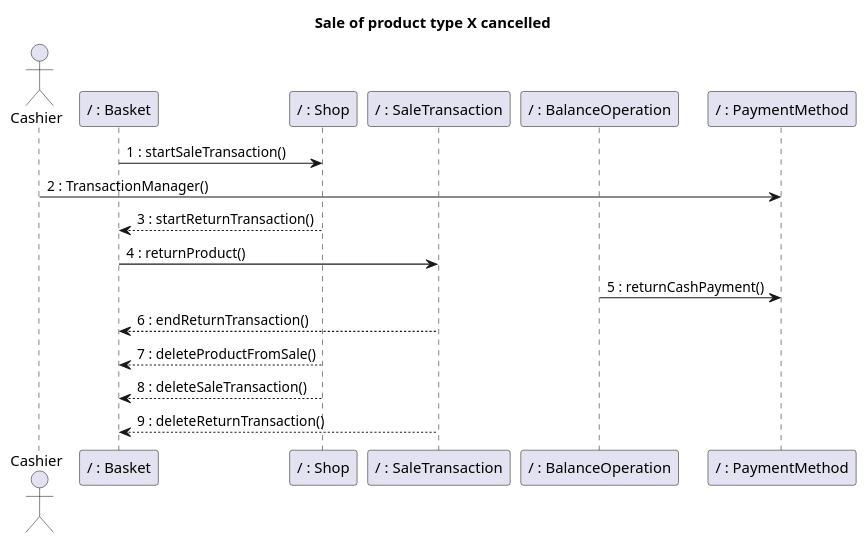
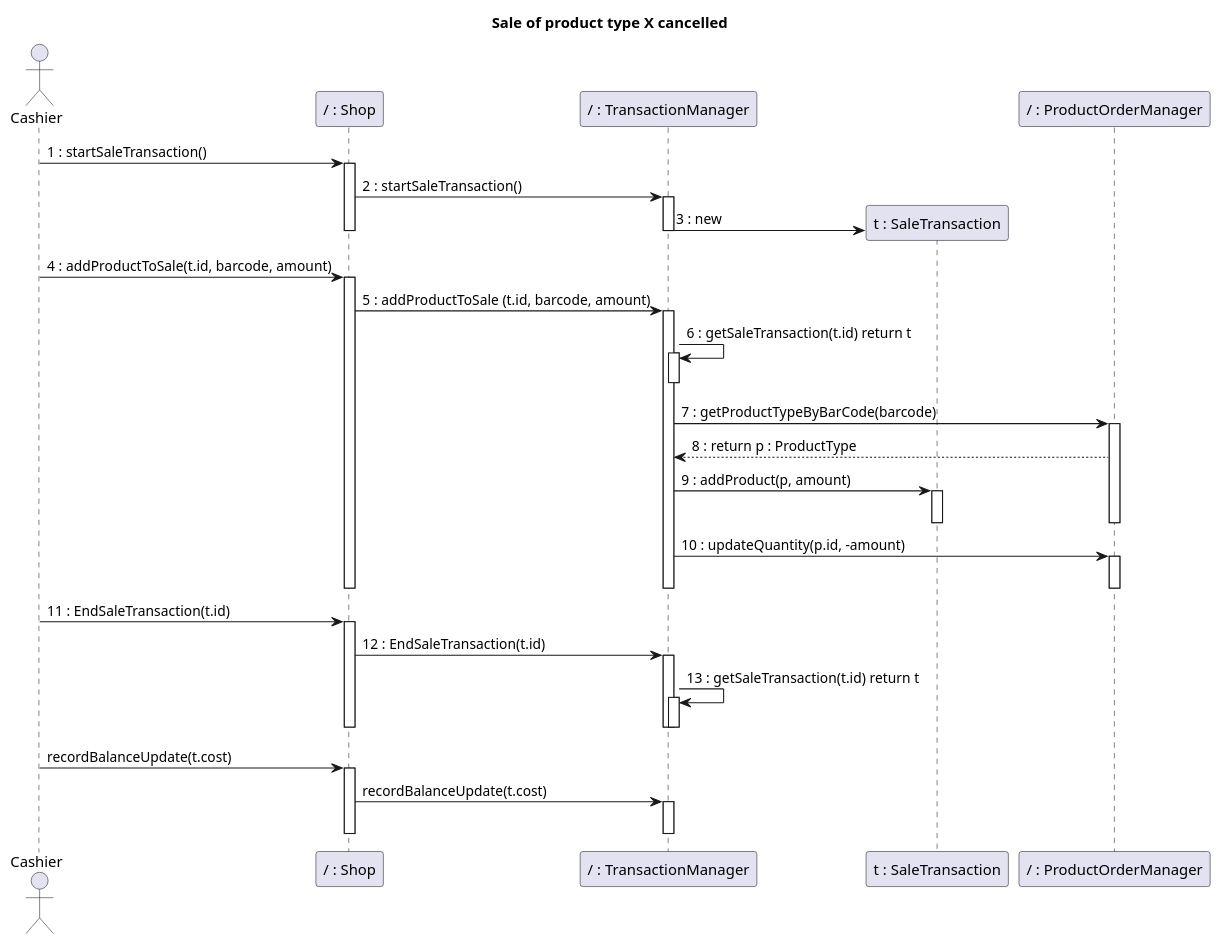
Before and after one commit to nicolabattaglino/ezshop: diagram 24 of 30 in Deliverables/DesignDocument.md, drawn with PlantUML. The commit also changed other lines of this file and 1 other file, not shown here.

Commit message:
completed uc 6 (they miss only the payment)

````diff
--- a/Deliverables/DesignDocument.md
+++ b/Deliverables/DesignDocument.md
@@ -1220,27 +1276,64 @@
 ```plantuml
 @startuml
 
 title
 Sale of product type X cancelled
 end title
 
 actor Cashier
 
-participant "/ : Basket" as Basket
 participant "/ : Shop" as Shop
-participant "/ : SaleTransaction" as SaleTransaction
-participant "/ : BalanceOperation" as BalanceOperation
-participant "/ : PaymentMethod" as PaymentMethod
+participant "/ : TransactionManager" as TransactionManager
+participant "t : SaleTransaction"  as SaleTransaction
+participant "/ : ProductOrderManager" as ProductOrderManager
 
-Basket -> Shop: 1 : startSaleTransaction()
-Cashier -> PaymentMethod: 2 : TransactionManager()
-Shop --> Basket: 3 : startReturnTransaction()
-Basket ->  SaleTransaction: 4 : returnProduct()
-BalanceOperation -> PaymentMethod : 5 : returnCashPayment()
-SaleTransaction --> Basket: 6 : endReturnTransaction()
-Shop --> Basket : 7 : deleteProductFromSale()
-Shop --> Basket : 8 : deleteSaleTransaction()
-SaleTransaction --> Basket : 9 : deleteReturnTransaction() 
+Cashier -> Shop: 1 : startSaleTransaction()
+activate Shop
+Shop -> TransactionManager : 2 : startSaleTransaction()
+activate TransactionManager
+create SaleTransaction
+TransactionManager -> SaleTransaction: 3 : new
+deactivate TransactionManager
+deactivate Shop
+Cashier -> Shop : 4 : addProductToSale(t.id, barcode, amount)
+activate Shop
+Shop -> TransactionManager: 5 : addProductToSale (t.id, barcode, amount)
+ 
 
+activate TransactionManager
+TransactionManager -> TransactionManager: 6 : getSaleTransaction(t.id) return t
+activate TransactionManager
+deactivate TransactionManager
+TransactionManager -> ProductOrderManager: 7 : getProductTypeByBarCode(barcode)
+activate ProductOrderManager
+
+
+TransactionManager <-- ProductOrderManager : 8 : return p : ProductType
+
+TransactionManager -> SaleTransaction : 9 : addProduct(p, amount)
+activate SaleTransaction
+deactivate SaleTransaction
+deactivate ProductOrderManager
+TransactionManager -> ProductOrderManager: 10 : updateQuantity(p.id, -amount)
+activate ProductOrderManager
+deactivate ProductOrderManager
+deactivate TransactionManager
+deactivate Shop
+Cashier -> Shop : 11 : EndSaleTransaction(t.id)
+activate Shop
+Shop -> TransactionManager : 12 : EndSaleTransaction(t.id)
+activate TransactionManager
+TransactionManager -> TransactionManager : 13 : getSaleTransaction(t.id) return t
+activate TransactionManager
+deactivate TransactionManager
+deactivate TransactionManager
+deactivate Shop
+
+Cashier -> Shop : recordBalanceUpdate(t.cost)
+activate Shop
+Shop -> TransactionManager : recordBalanceUpdate(t.cost)
+activate TransactionManager
+deactivate TransactionManager
+deactivate Shop
 @enduml
 ```
````
